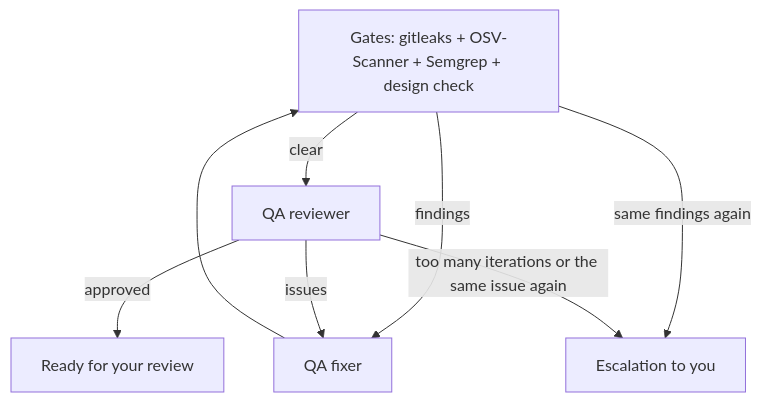
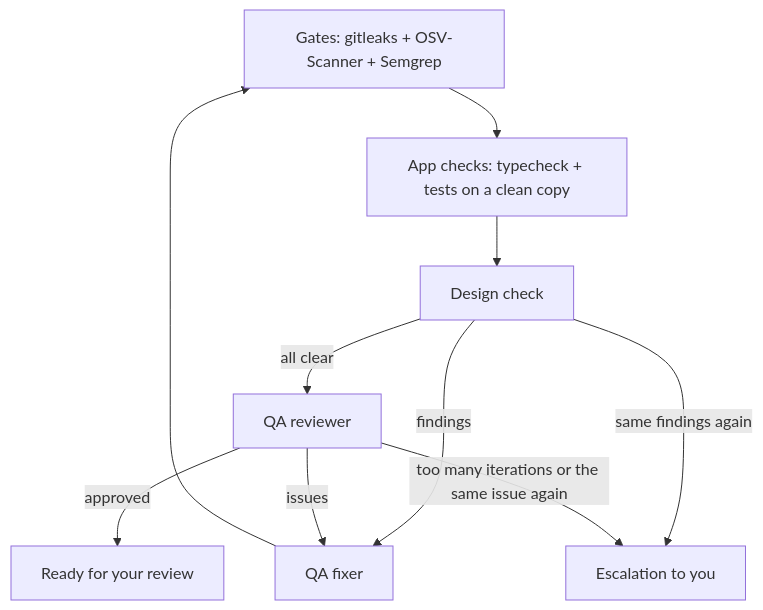
One commit to KolyaSotnichenko/vibe-teamlead changed the diagram in apps/desktop/src/renderer/docs/en/03-pipeline.md. Above: the diagram before and after it, drawn with Mermaid. The commit also changed 3 other files, not shown here.

First line of the commit message:
Docs: pipeline diagrams match the app

````diff
--- a/apps/desktop/src/renderer/docs/en/03-pipeline.md
+++ b/apps/desktop/src/renderer/docs/en/03-pipeline.md
@@ -30,10 +30,12 @@
 ```mermaid
 flowchart TD
-  G["Gates: gitleaks + OSV-Scanner + Semgrep + design check"] -->|"clear"| R["QA reviewer"]
-  G -->|"findings"| F
-  G -->|"same findings again"| ESC
+  G["Gates: gitleaks + OSV-Scanner + Semgrep"] --> V["App checks: typecheck + tests on a clean copy"]
+  V --> D["Design check"]
+  D -->|"all clear"| R["QA reviewer"]
+  D -->|"findings"| F
+  D -->|"same findings again"| ESC
   R -->|"approved"| OK["Ready for your review"]
   R -->|"issues"| F["QA fixer"]
   F --> G
   R -->|"too many iterations or the same issue again"| ESC["Escalation to you"]
 ```
````
